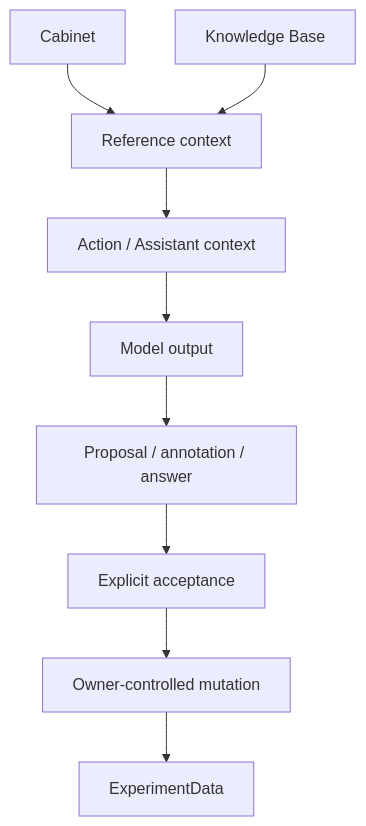
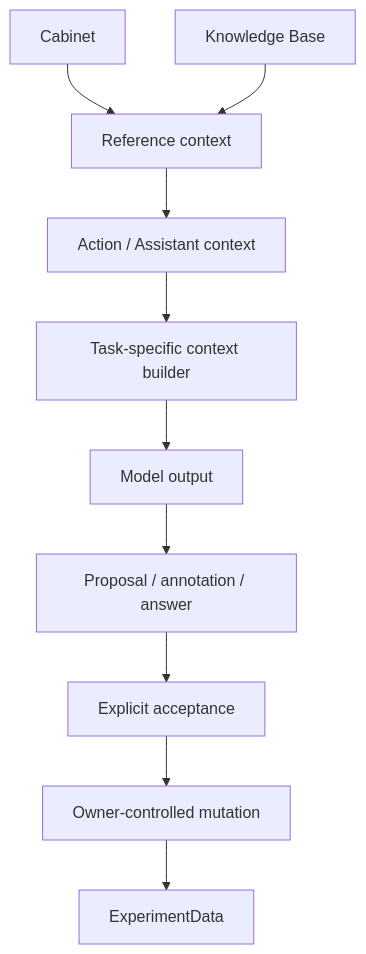
Before and after one commit to matginesi/LabFlow: the third of 4 diagrams in README.md, drawn with Mermaid. The commit also changed other lines of this file and 25 other files, not shown here.

````diff
--- a/README.md
+++ b/README.md
@@ -56,11 +56,12 @@
 ```mermaid
 flowchart TD
     C[Cabinet] --> RC[Reference context]
     K[Knowledge Base] --> RC
     RC --> AC[Action / Assistant context]
-    AC --> MO[Model output]
+    AC --> CB[Task-specific context builder]
+    CB --> MO[Model output]
     MO --> P[Proposal / annotation / answer]
     P --> EA[Explicit acceptance]
     EA --> OM[Owner-controlled mutation]
     OM --> ED[ExperimentData]
 ```
````
